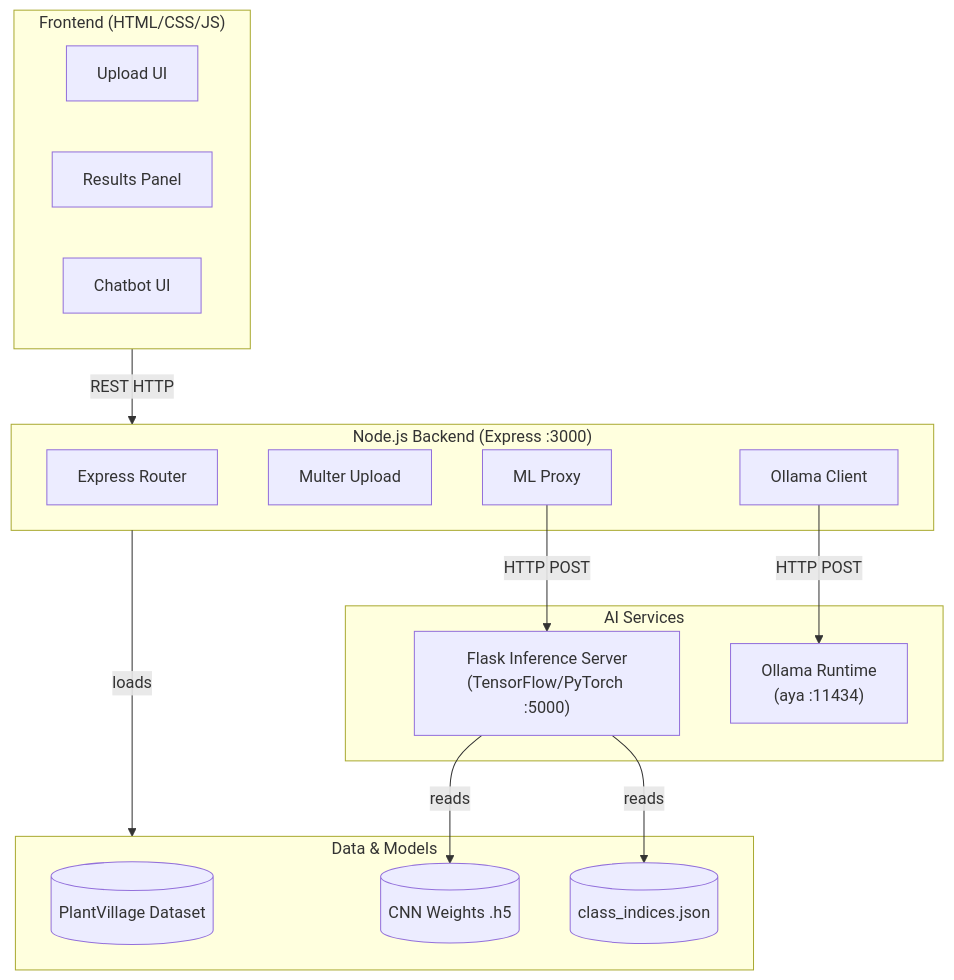
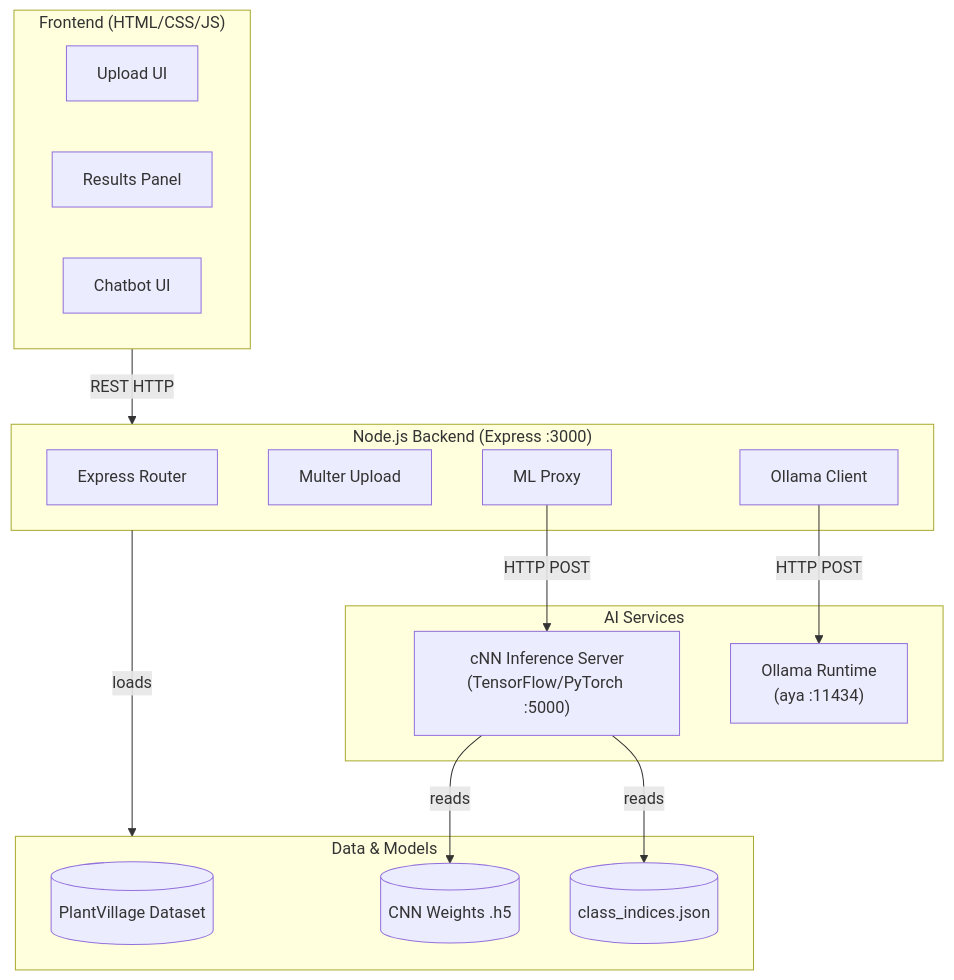
One commit to youssef-mahdy-dev/Flora changed the fifth of 6 diagrams in README.md. Above: the diagram before and after it, drawn with Mermaid. The commit also changed other lines of this file, not shown here.

````diff
--- a/README.md
+++ b/README.md
@@ -164,33 +164,33 @@
 ```mermaid
 graph TB
     subgraph Frontend["Frontend (HTML/CSS/JS)"]
         UI[Upload UI]
         RP[Results Panel]
         CB[Chatbot UI]
     end
 
     subgraph Backend["Node.js Backend (Express :3000)"]
         RT[Express Router]
         MU[Multer Upload]
         ML_P[ML Proxy]
         OL_C[Ollama Client]
     end
 
     subgraph AI["AI Services"]
-        FL["Flask Inference Server\n(TensorFlow/PyTorch :5000)"]
+        FL["cNN Inference Server\n(TensorFlow/PyTorch :5000)"]
         OL["Ollama Runtime\n(aya  :11434)"]
     end
 
     subgraph Data["Data & Models"]
         DS[(PlantVillage Dataset)]
         MW[(CNN Weights .h5)]
         CI[(class_indices.json)]
     end
 
     Frontend -->|REST HTTP| Backend
     ML_P -->|HTTP POST| FL
     OL_C -->|HTTP POST| OL
     Backend -->|loads| Data
     FL -->|reads| MW
     FL -->|reads| CI
 ```
````
